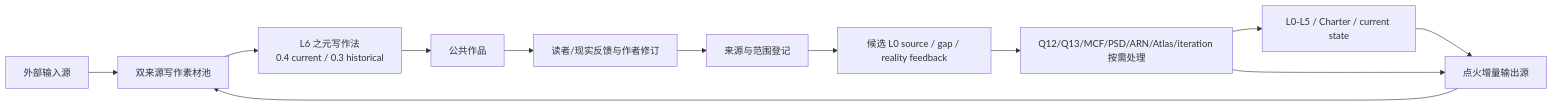
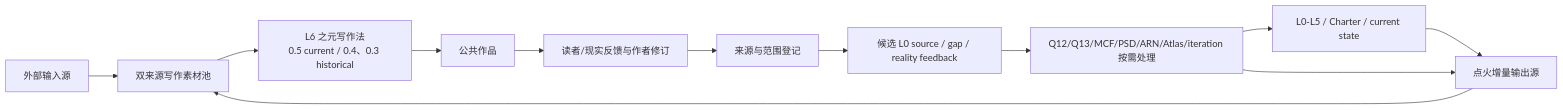
One commit to Arvin-liu/when-systems-catch-fire changed the fourth of 10 diagrams in ARCHITECTURE.md. Above: the diagram before and after it, drawn with Mermaid. The commit also changed other lines of this file and 47 other files, not shown here.

````diff
--- a/ARCHITECTURE.md
+++ b/ARCHITECTURE.md
@@ -40,14 +58,14 @@
 ```mermaid
 flowchart LR
   EXT[外部输入源] --> POOL[双来源写作素材池]
   INC[点火增量输出源] --> POOL
   SRC[L0-L5 / Charter / current state] --> INC
-  POOL --> ZW[L6 之元写作法<br/>0.4 current / 0.3 historical]
+  POOL --> ZW[L6 之元写作法<br/>0.5 current / 0.4、0.3 historical]
   ZW --> WORK[公共作品]
   WORK --> RESP[读者/现实反馈与作者修订]
   RESP --> PROV[来源与范围登记]
   PROV --> CAND[候选 L0 source / gap / reality feedback]
   CAND --> OPS[Q12/Q13/MCF/PSD/ARN/Atlas/iteration 按需处理]
   OPS --> SRC
   OPS --> INC
 ```
````
